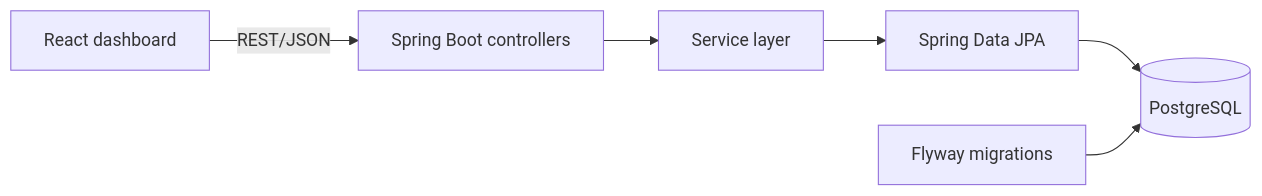
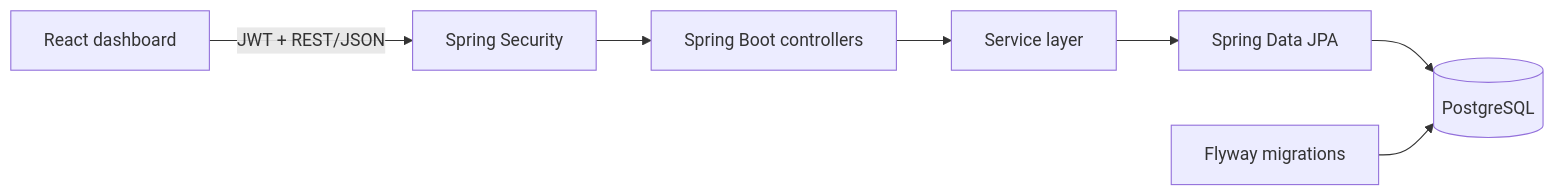
Before and after one commit to ramya5588/Personal_finance_Tracker: the diagram in README.md, drawn with Mermaid. The commit also changed other lines of this file and 30 other files, not shown here.

````diff
--- a/README.md
+++ b/README.md
@@ -27,8 +30,9 @@
 ```mermaid
 flowchart LR
-    UI[React dashboard] -->|REST/JSON| API[Spring Boot controllers]
+    UI[React dashboard] -->|JWT + REST/JSON| SECURITY[Spring Security]
+    SECURITY --> API[Spring Boot controllers]
     API --> SERVICE[Service layer]
     SERVICE --> REPOSITORY[Spring Data JPA]
     REPOSITORY --> DB[(PostgreSQL)]
     FLYWAY[Flyway migrations] --> DB
 ```
````
